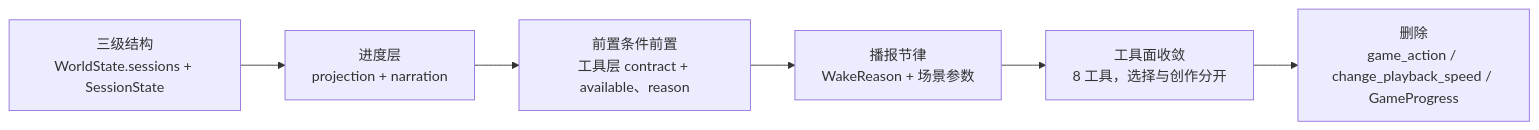
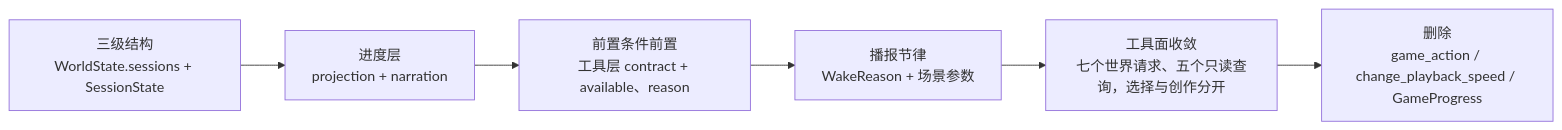
One commit to HoldThatThgt/WorldMock changed the fifth of 5 diagrams in docs/dev/SPEC-agent-interaction.md. Above: the diagram before and after it, drawn with Mermaid. The commit also changed other lines of this file and 266 other files, not shown here.

````diff
--- a/docs/dev/SPEC-agent-interaction.md
+++ b/docs/dev/SPEC-agent-interaction.md
@@ -564,8 +628,8 @@
 ```mermaid
 flowchart LR
     A["三级结构<br/>WorldState.sessions + SessionState"] --> B["进度层<br/>projection + narration"]
     B --> C["前置条件前置<br/>工具层 contract + available、reason"]
     C --> D["播报节律<br/>WakeReason + 场景参数"]
-    D --> E["工具面收敛<br/>8 工具，选择与创作分开"]
+    D --> E["工具面收敛<br/>七个世界请求、五个只读查询，选择与创作分开"]
     E --> F["删除<br/>game_action / change_playback_speed / GameProgress"]
 ```
````
